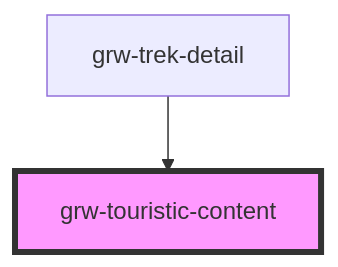
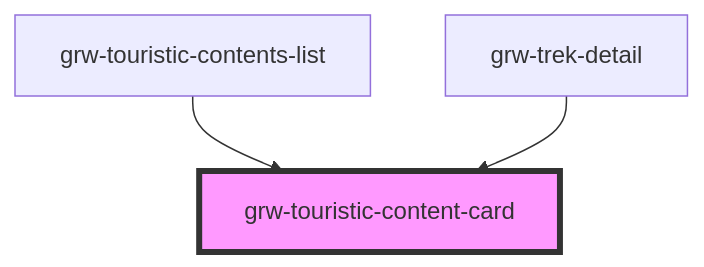
The diagram in src/components/grw-touristic-content/readme.md (GeotrekCE/Geotrek-rando-widget), drawn with Mermaid before and after one commit. The commit also changed other lines of this file and 26 other files, not shown here.

Commit message:
add touristic contents list

````diff
--- a/src/components/grw-touristic-content/readme.md
+++ b/src/components/grw-touristic-content/readme.md
@@ -29,5 +32,6 @@
 ```mermaid
 graph TD;
-  grw-trek-detail --> grw-touristic-content
-  style grw-touristic-content fill:#f9f,stroke:#333,stroke-width:4px
+  grw-touristic-contents-list --> grw-touristic-content-card
+  grw-trek-detail --> grw-touristic-content-card
+  style grw-touristic-content-card fill:#f9f,stroke:#333,stroke-width:4px
 ```
````
